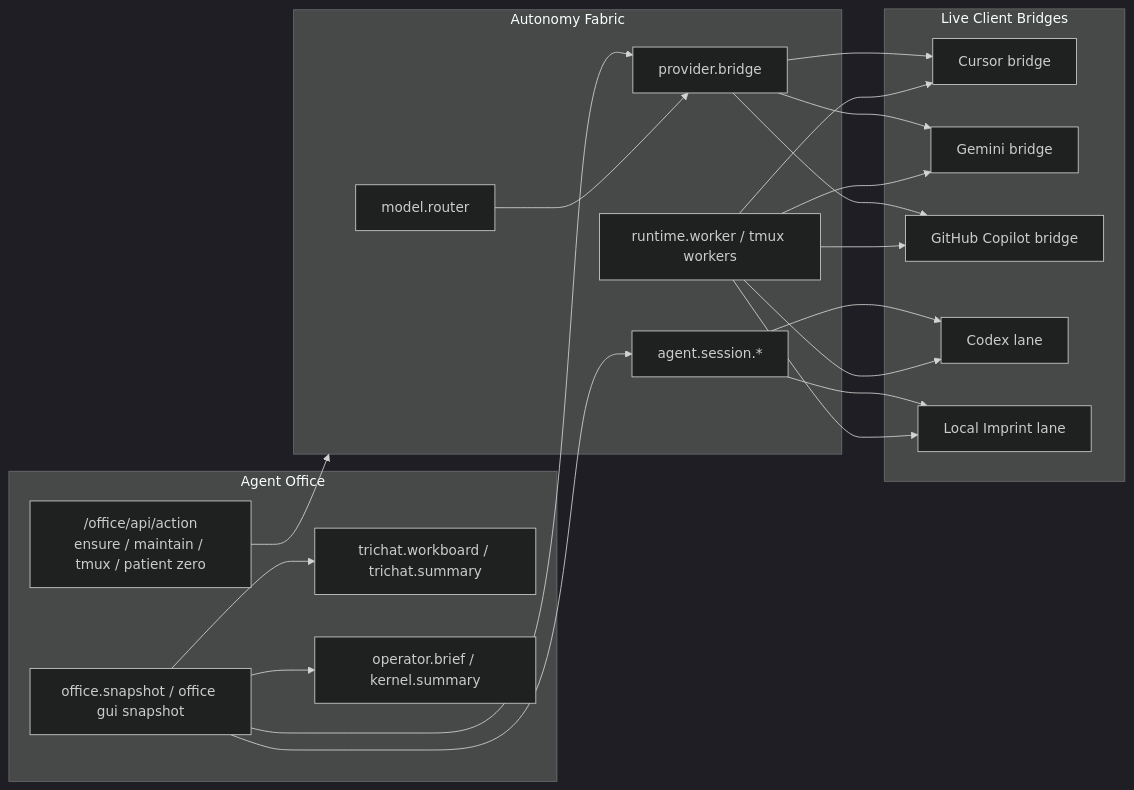
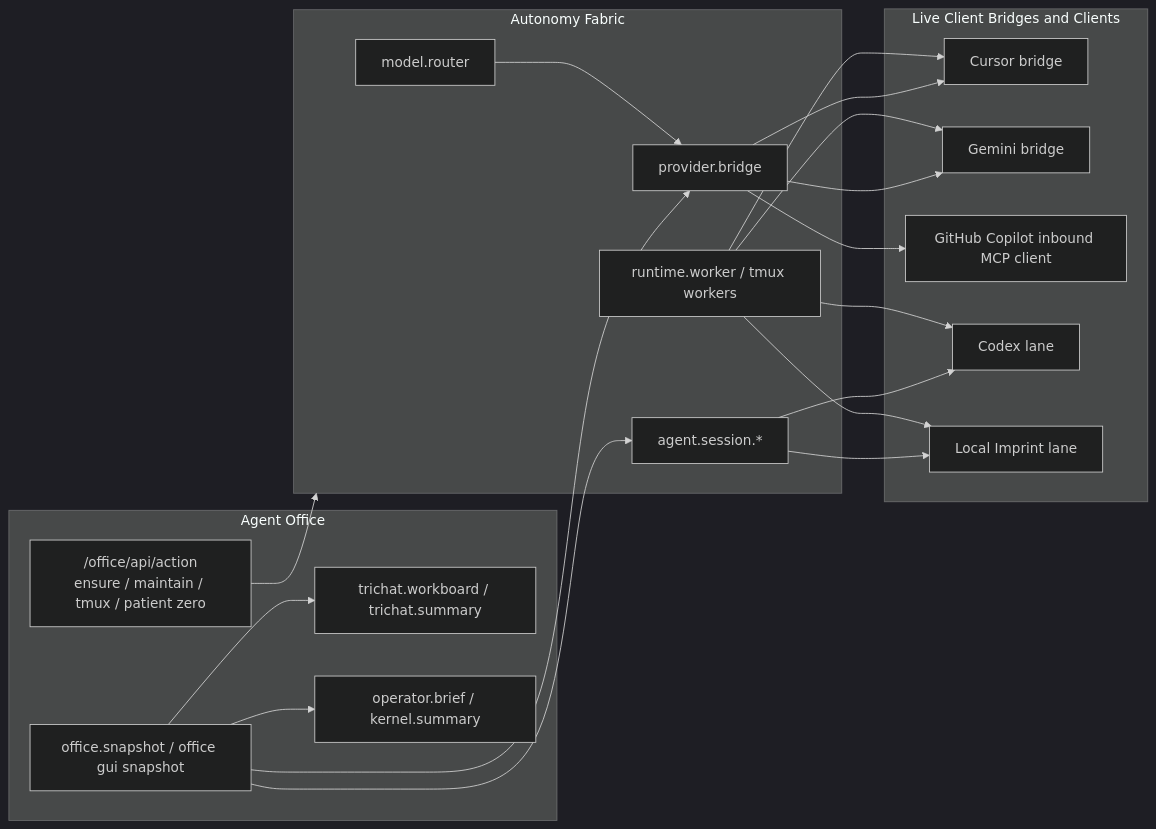
One commit to driverd12/MCPlayground---Core-Template changed the fifth of 6 diagrams in docs/SYSTEM_INTERCONNECTS.md. Above: the diagram before and after it, drawn with Mermaid (dark theme). The commit also changed other lines of this file and 13 other files, not shown here.

````diff
--- a/docs/SYSTEM_INTERCONNECTS.md
+++ b/docs/SYSTEM_INTERCONNECTS.md
@@ -226,42 +236,41 @@
 ```mermaid
 flowchart LR
   subgraph Office["Agent Office"]
     Snapshot["office.snapshot / office gui snapshot"]
     Workboard["trichat.workboard / trichat.summary"]
     Brief["operator.brief / kernel.summary"]
     Actions["/office/api/action<br/>ensure / maintain / tmux / patient zero"]
   end
 
-  subgraph Bridges["Live Client Bridges"]
+  subgraph Bridges["Live Client Bridges and Clients"]
     CursorBridge["Cursor bridge"]
     GeminiBridge["Gemini bridge"]
-    CopilotBridge["GitHub Copilot bridge"]
+    CopilotClient["GitHub Copilot inbound MCP client"]
     CodexLane["Codex lane"]
     ImprintLane["Local Imprint lane"]
   end
 
   subgraph Fabric["Autonomy Fabric"]
     Router["model.router"]
     Provider["provider.bridge"]
     Sessions["agent.session.*"]
     RuntimeWorkers["runtime.worker / tmux workers"]
   end
 
   Snapshot --> Workboard
   Snapshot --> Brief
   Snapshot --> Provider
   Snapshot --> Sessions
   Actions --> Fabric
 
   Provider --> CursorBridge
   Provider --> GeminiBridge
-  Provider --> CopilotBridge
+  Provider --> CopilotClient
   Sessions --> CodexLane
   Sessions --> ImprintLane
   RuntimeWorkers --> CodexLane
   RuntimeWorkers --> CursorBridge
   RuntimeWorkers --> GeminiBridge
-  RuntimeWorkers --> CopilotBridge
   RuntimeWorkers --> ImprintLane
   Router --> Provider
 ```
````
